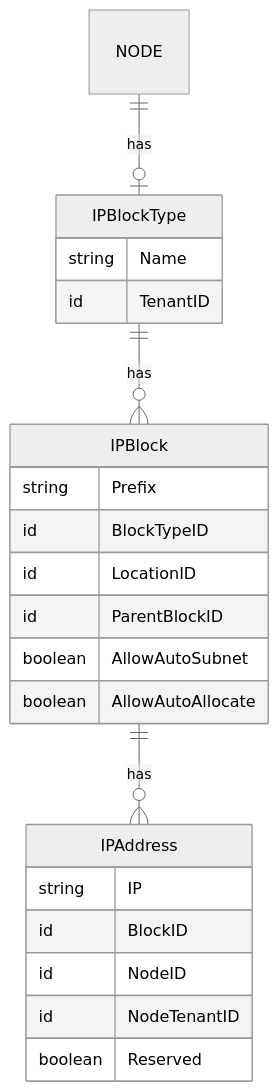
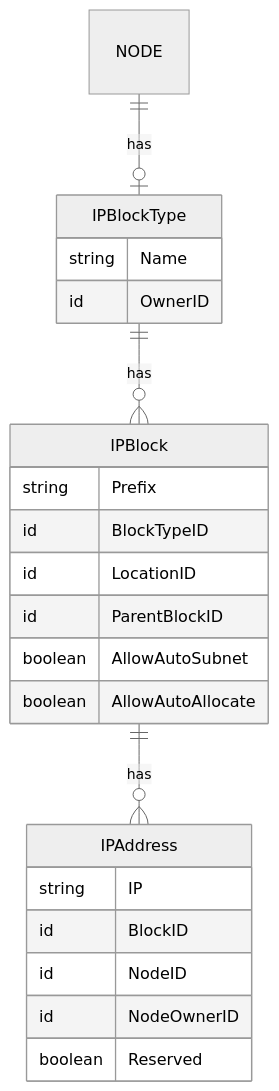
One commit to infratographer/ipam-api changed the diagram in README.md. Above: the diagram before and after it, drawn with Mermaid (neutral theme). The commit also changed other lines of this file, not shown here.

Commit message:
Update readme to reflect latest attribute name change to OwnerID (#16)

````diff
--- a/README.md
+++ b/README.md
@@ -7,27 +7,27 @@
 ```mermaid
 erDiagram
     NODE ||--o| IPBlockType : "has"
     IPBlockType {
         string Name
-        id TenantID
+        id OwnerID
     }
 
     IPBlockType ||--o{ IPBlock : "has"
     IPBlock {
         string Prefix
         id BlockTypeID
         id LocationID
         id ParentBlockID
         boolean AllowAutoSubnet
         boolean AllowAutoAllocate
     }
 
     IPBlock ||--o{ IPAddress : "has"
     IPAddress {
         string IP
         id BlockID
         id NodeID
-        id NodeTenantID
+        id NodeOwnerID
         boolean Reserved
     }
 ```
````
